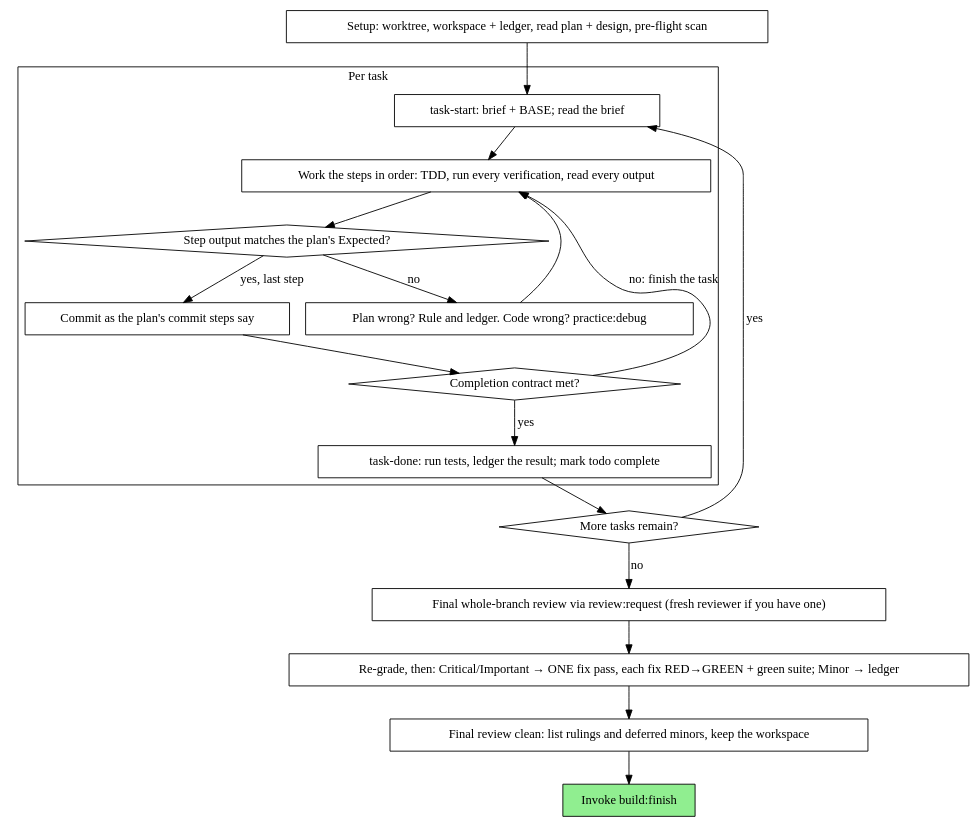
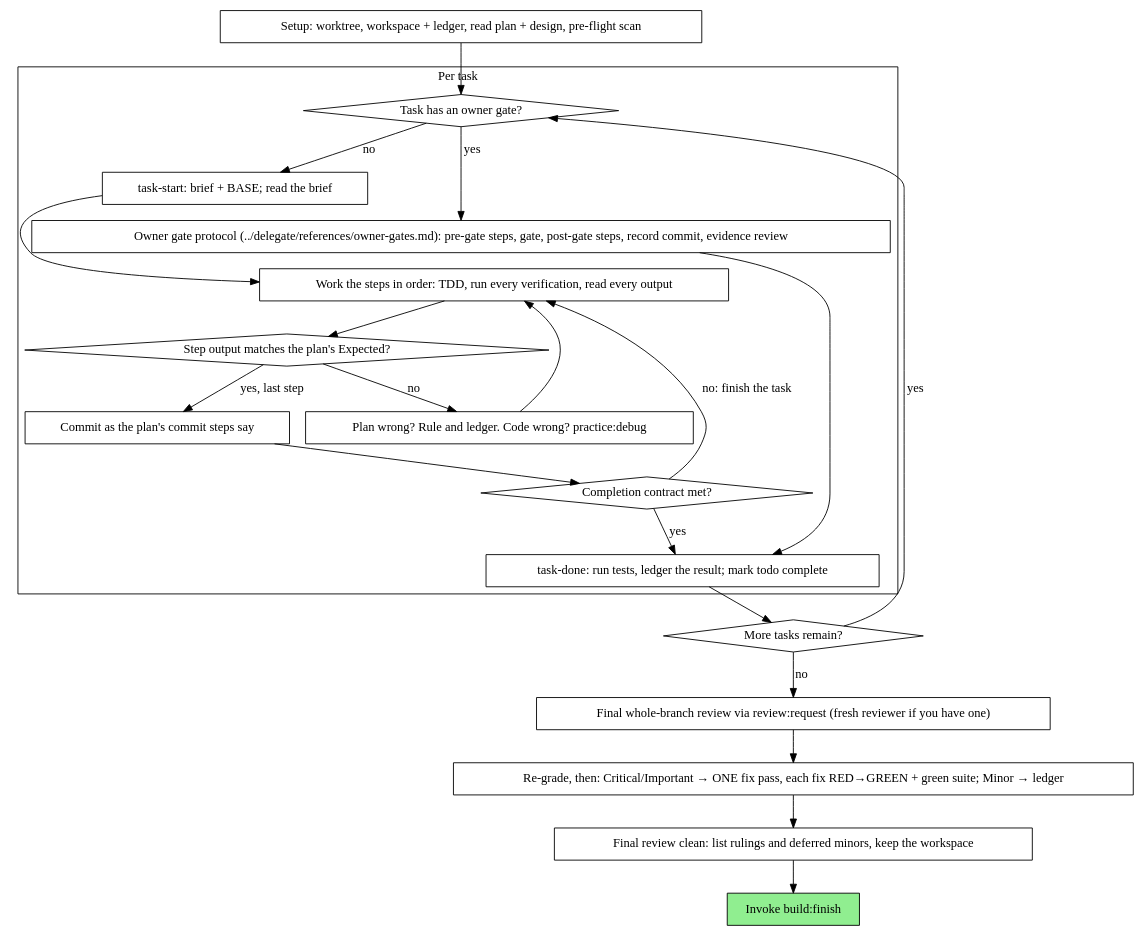
The diagram in plugins/build/skills/execute/SKILL.md (lyngon/devkit), drawn with Graphviz before and after one commit. The commit also changed other lines of this file and 5 other files, not shown here.

Commit message:
feat(build): run owner gates in build:execute

````diff
--- a/plugins/build/skills/execute/SKILL.md
+++ b/plugins/build/skills/execute/SKILL.md
@@ -56,39 +57,44 @@
 ```dot
 digraph process {
     rankdir=TB;
 
     subgraph cluster_per_task {
         label="Per task";
         "task-start: brief + BASE; read the brief" [shape=box];
         "Work the steps in order: TDD, run every verification, read every output" [shape=box];
         "Step output matches the plan's Expected?" [shape=diamond];
         "Plan wrong? Rule and ledger. Code wrong? practice:debug" [shape=box];
         "Commit as the plan's commit steps say" [shape=box];
         "Completion contract met?" [shape=diamond];
         "task-done: run tests, ledger the result; mark todo complete" [shape=box];
+        "Task has an owner gate?" [shape=diamond];
+        "Owner gate protocol (../delegate/references/owner-gates.md): pre-gate steps, gate, post-gate steps, record commit, evidence review" [shape=box];
     }
 
     "Setup: worktree, workspace + ledger, read plan + design, pre-flight scan" [shape=box];
     "More tasks remain?" [shape=diamond];
     "Final whole-branch review via review:request (fresh reviewer if you have one)" [shape=box];
     "Re-grade, then: Critical/Important → ONE fix pass, each fix RED→GREEN + green suite; Minor → ledger" [shape=box];
     "Final review clean: list rulings and deferred minors, keep the workspace" [shape=box];
     "Invoke build:finish" [shape=box style=filled fillcolor=lightgreen];
 
-    "Setup: worktree, workspace + ledger, read plan + design, pre-flight scan" -> "task-start: brief + BASE; read the brief";
+    "Setup: worktree, workspace + ledger, read plan + design, pre-flight scan" -> "Task has an owner gate?";
+    "Task has an owner gate?" -> "task-start: brief + BASE; read the brief" [label="no"];
+    "Task has an owner gate?" -> "Owner gate protocol (../delegate/references/owner-gates.md): pre-gate steps, gate, post-gate steps, record commit, evidence review" [label="yes"];
+    "Owner gate protocol (../delegate/references/owner-gates.md): pre-gate steps, gate, post-gate steps, record commit, evidence review" -> "task-done: run tests, ledger the result; mark todo complete";
     "task-start: brief + BASE; read the brief" -> "Work the steps in order: TDD, run every verification, read every output";
     "Work the steps in order: TDD, run every verification, read every output" -> "Step output matches the plan's Expected?";
     "Step output matches the plan's Expected?" -> "Plan wrong? Rule and ledger. Code wrong? practice:debug" [label="no"];
     "Plan wrong? Rule and ledger. Code wrong? practice:debug" -> "Work the steps in order: TDD, run every verification, read every output";
     "Step output matches the plan's Expected?" -> "Commit as the plan's commit steps say" [label="yes, last step"];
     "Commit as the plan's commit steps say" -> "Completion contract met?";
     "Completion contract met?" -> "Work the steps in order: TDD, run every verification, read every output" [label="no: finish the task"];
     "Completion contract met?" -> "task-done: run tests, ledger the result; mark todo complete" [label="yes"];
     "task-done: run tests, ledger the result; mark todo complete" -> "More tasks remain?";
-    "More tasks remain?" -> "task-start: brief + BASE; read the brief" [label="yes"];
+    "More tasks remain?" -> "Task has an owner gate?" [label="yes"];
     "More tasks remain?" -> "Final whole-branch review via review:request (fresh reviewer if you have one)" [label="no"];
     "Final whole-branch review via review:request (fresh reviewer if you have one)" -> "Re-grade, then: Critical/Important → ONE fix pass, each fix RED→GREEN + green suite; Minor → ledger";
     "Re-grade, then: Critical/Important → ONE fix pass, each fix RED→GREEN + green suite; Minor → ledger" -> "Final review clean: list rulings and deferred minors, keep the workspace";
     "Final review clean: list rulings and deferred minors, keep the workspace" -> "Invoke build:finish";
 }
 ```
````
